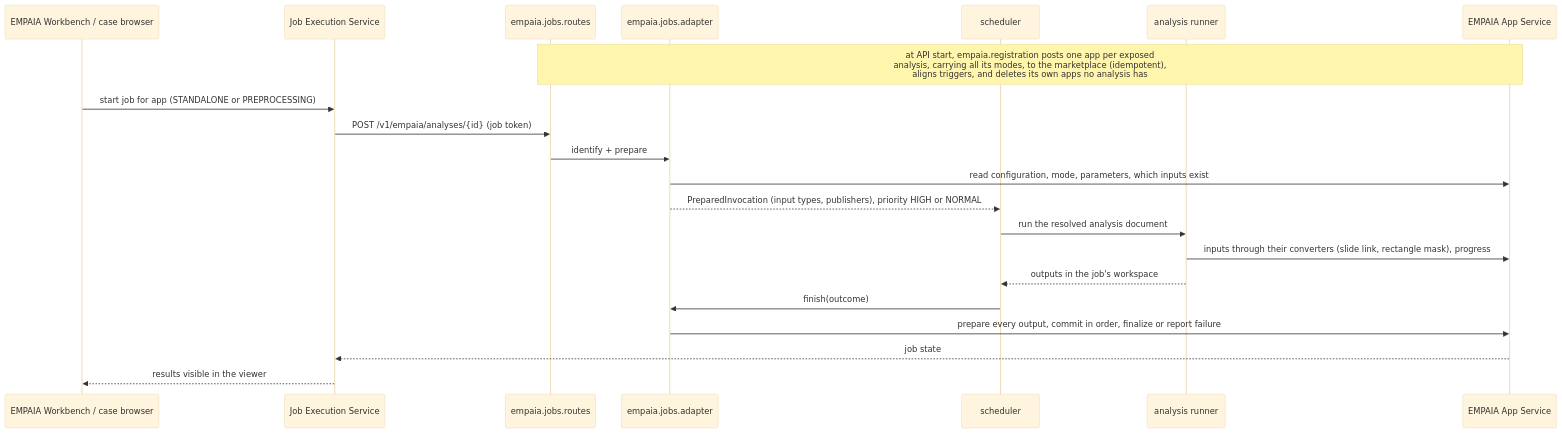
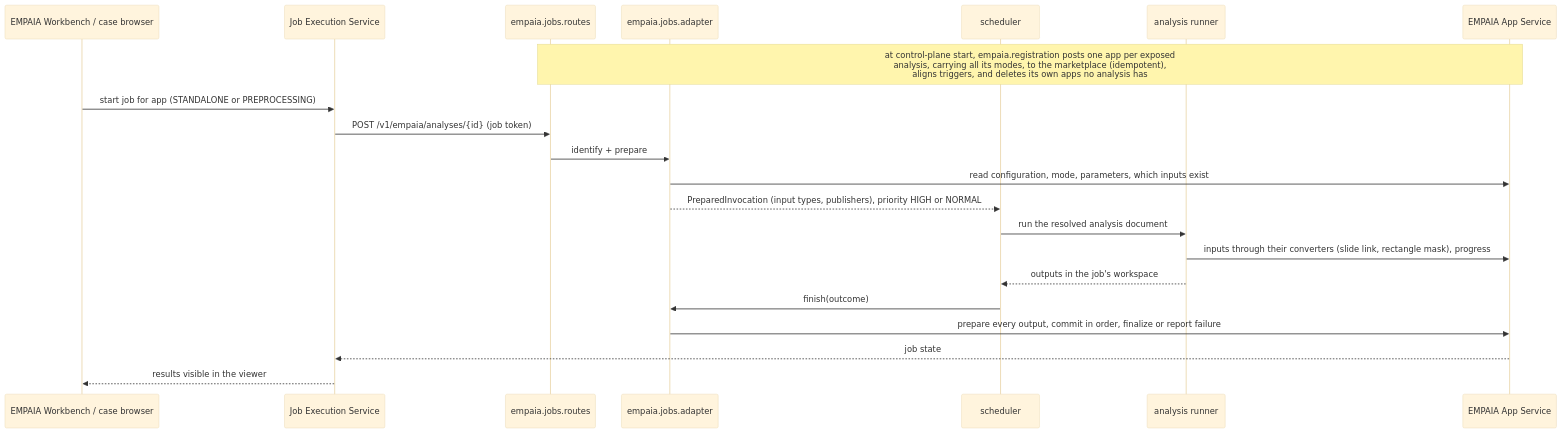
Before and after one commit to stefanpeknik/model-service: the diagram in docs/architecture/empaia.md, drawn with Mermaid (base theme). The commit also changed other lines of this file and 212 other files, not shown here.

First line of the commit message:
rename the API process to the control plane

````diff
--- a/docs/architecture/empaia.md
+++ b/docs/architecture/empaia.md
@@ -10,24 +10,24 @@
 ```mermaid
 sequenceDiagram
   participant WD as EMPAIA Workbench / case browser
   participant JES as Job Execution Service
   participant R as empaia.jobs.routes
   participant A as empaia.jobs.adapter
   participant S as scheduler
   participant N as analysis runner
   participant AS as EMPAIA App Service
 
-  Note over R,AS: at API start, empaia.registration posts one app per exposed<br/>analysis, carrying all its modes, to the marketplace (idempotent),<br/>aligns triggers, and deletes its own apps no analysis has
+  Note over R,AS: at control-plane start, empaia.registration posts one app per exposed<br/>analysis, carrying all its modes, to the marketplace (idempotent),<br/>aligns triggers, and deletes its own apps no analysis has
   WD->>JES: start job for app (STANDALONE or PREPROCESSING)
   JES->>R: POST /v1/empaia/analyses/{id} (job token)
   R->>A: identify + prepare
   A->>AS: read configuration, mode, parameters, which inputs exist
   A-->>S: PreparedInvocation (input types, publishers), priority HIGH or NORMAL
   S->>N: run the resolved analysis document
   N->>AS: inputs through their converters (slide link, rectangle mask), progress
   N-->>S: outputs in the job's workspace
   S->>A: finish(outcome)
   A->>AS: prepare every output, commit in order, finalize or report failure
   AS-->>JES: job state
   JES-->>WD: results visible in the viewer
 ```
````
